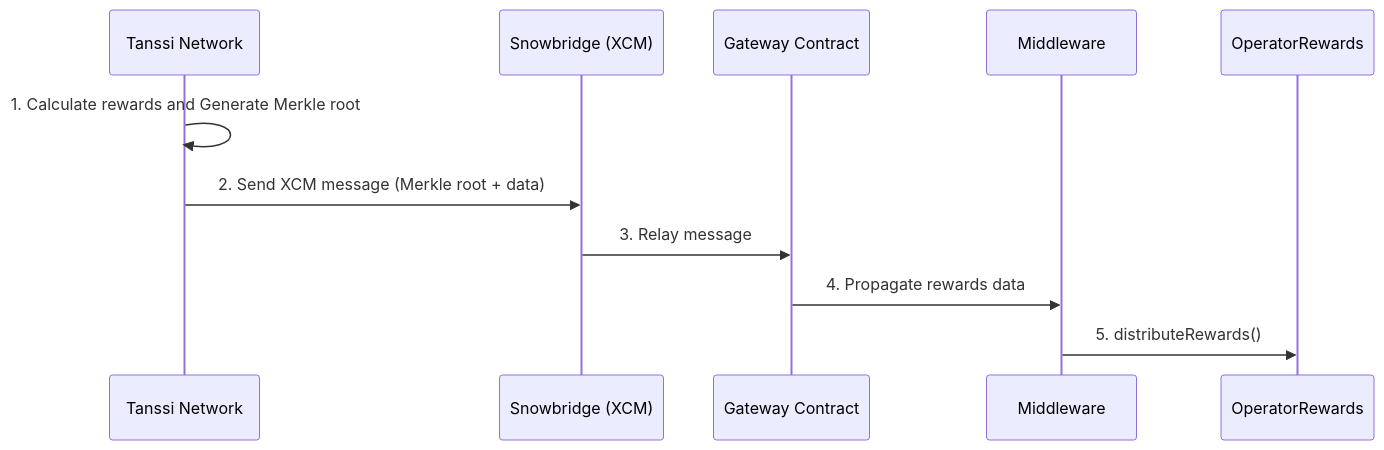
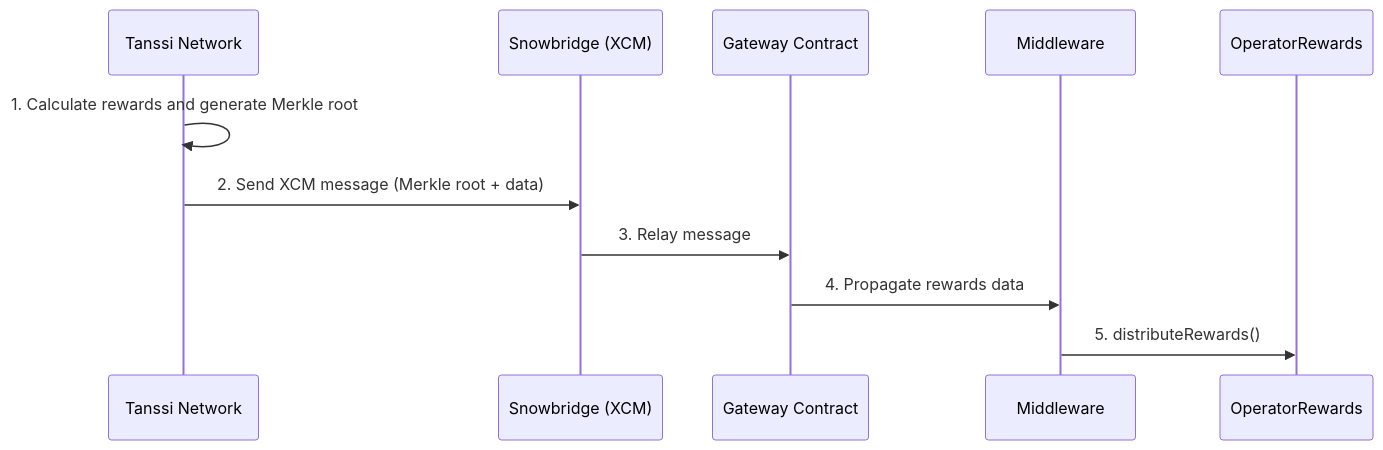
One commit to moondance-labs/tanssi-docs changed the third of 5 diagrams in learn/tanssi/external-security-providers/symbiotic.md. Above: the diagram before and after it, drawn with Mermaid.

````diff
--- a/learn/tanssi/external-security-providers/symbiotic.md
+++ b/learn/tanssi/external-security-providers/symbiotic.md
@@ -133,14 +133,14 @@
 ```mermaid
 sequenceDiagram
     participant Tanssi Network
     participant Snowbridge (XCM)
     participant Gateway Contract
     participant Middleware
     participant OperatorRewards
 
-    Tanssi Network->>Tanssi Network: 1. Calculate rewards and Generate Merkle root
+    Tanssi Network->>Tanssi Network: 1. Calculate rewards and generate Merkle root
     Tanssi Network->>Snowbridge (XCM): 2. Send XCM message (Merkle root + data)
     Snowbridge (XCM)->>Gateway Contract: 3. Relay message
     Gateway Contract->>Middleware: 4. Propagate rewards data
     Middleware->>OperatorRewards: 5. distributeRewards()
 ```
````
